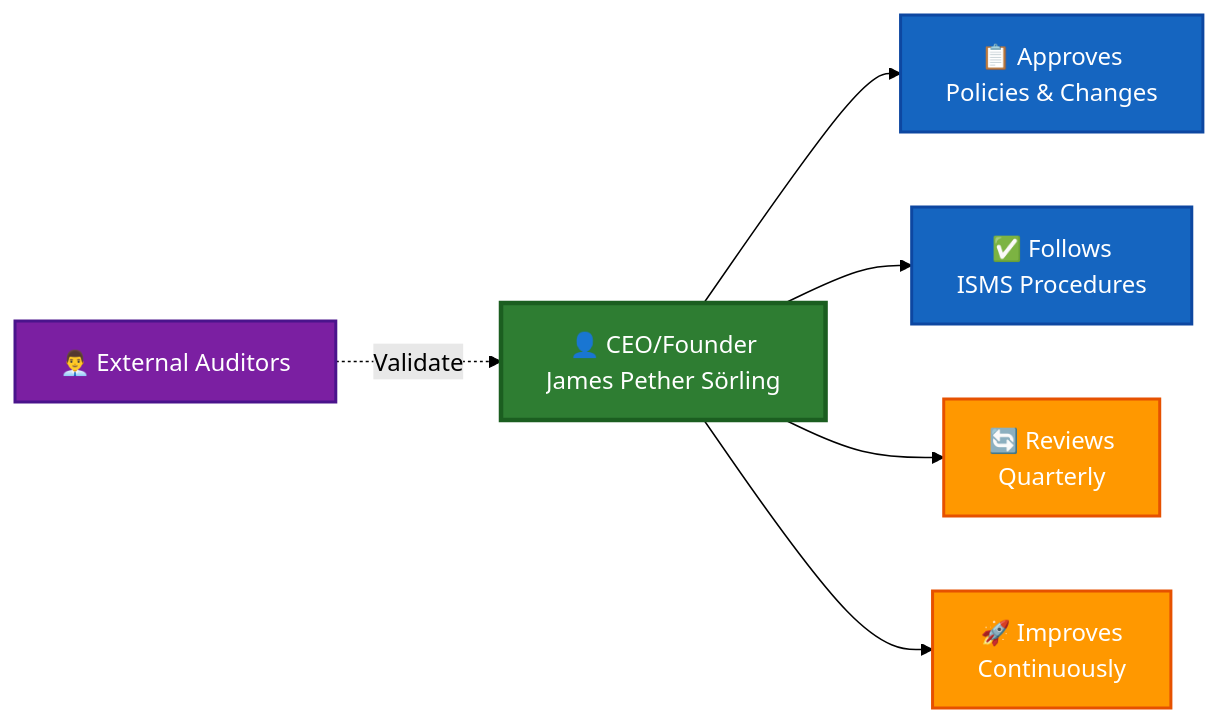
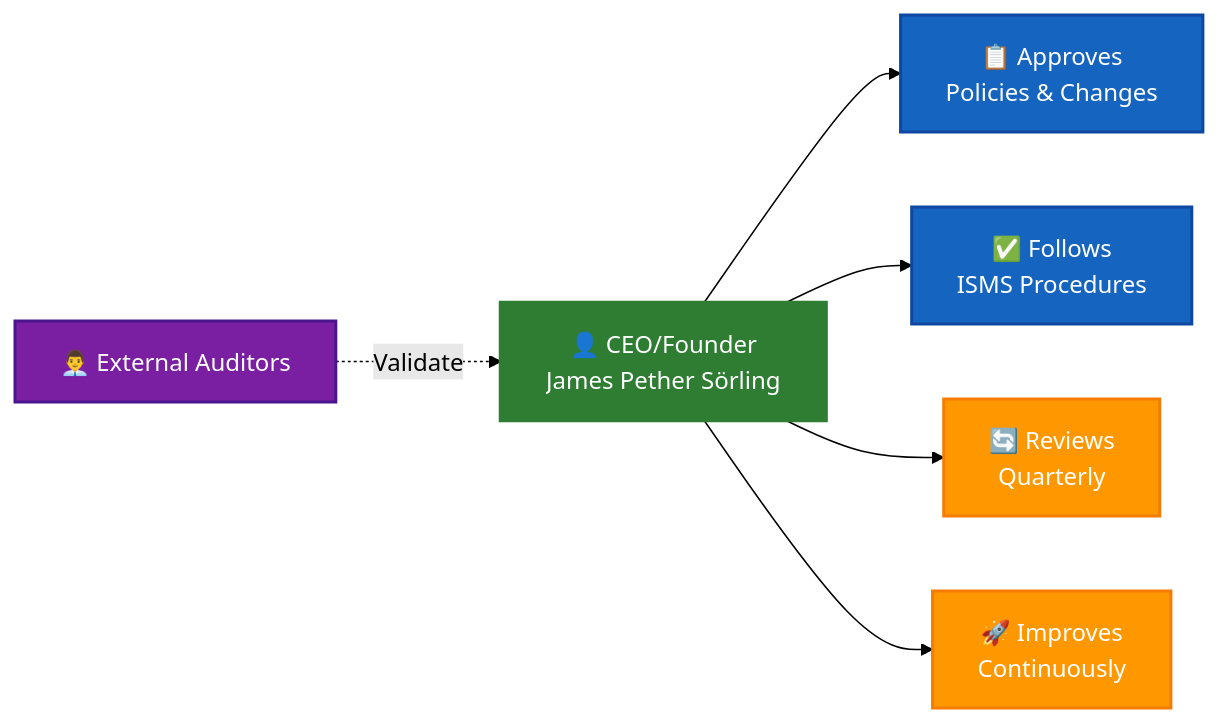
The diagram in Information_Security_Policy.md (Hack23/ISMS-PUBLIC), drawn with Mermaid (forest theme) before and after one commit. The commit also changed 18 other files, not shown here.

Commit message:
fix broken mermaid

````diff
--- a/Information_Security_Policy.md
+++ b/Information_Security_Policy.md
@@ -314,18 +314,18 @@
 ```mermaid
 flowchart LR
     CEO["👤 CEO/Founder<br/>James Pether Sörling"]
     
     CEO --> Approve["📋 Approves<br/>Policies & Changes"]
     CEO --> Follow["✅ Follows<br/>ISMS Procedures"]
     CEO --> Review["🔄 Reviews<br/>Quarterly"]
     CEO --> Improve["🚀 Improves<br/>Continuously"]
     
     Auditors["👨‍💼 External Auditors"] -.->|Validate| CEO
     
-    style CEO fill:#2E7D32,stroke:#1B5E20,stroke-width:3px,color:#fff
+    style CEO fill:#2E7D32,stroke:#2E7D32,stroke-width:3px,color:#fff
     style Approve fill:#1565C0,stroke:#0D47A1,stroke-width:2px,color:#fff
     style Follow fill:#1565C0,stroke:#0D47A1,stroke-width:2px,color:#fff
-    style Review fill:#FF9800,stroke:#E65100,stroke-width:2px,color:#fff
-    style Improve fill:#FF9800,stroke:#E65100,stroke-width:2px,color:#fff
+    style Review fill:#FF9800,stroke:#F57C00,stroke-width:2px,color:#fff
+    style Improve fill:#FF9800,stroke:#F57C00,stroke-width:2px,color:#fff
     style Auditors fill:#7B1FA2,stroke:#4A148C,stroke-width:2px,color:#fff
 ```
````
